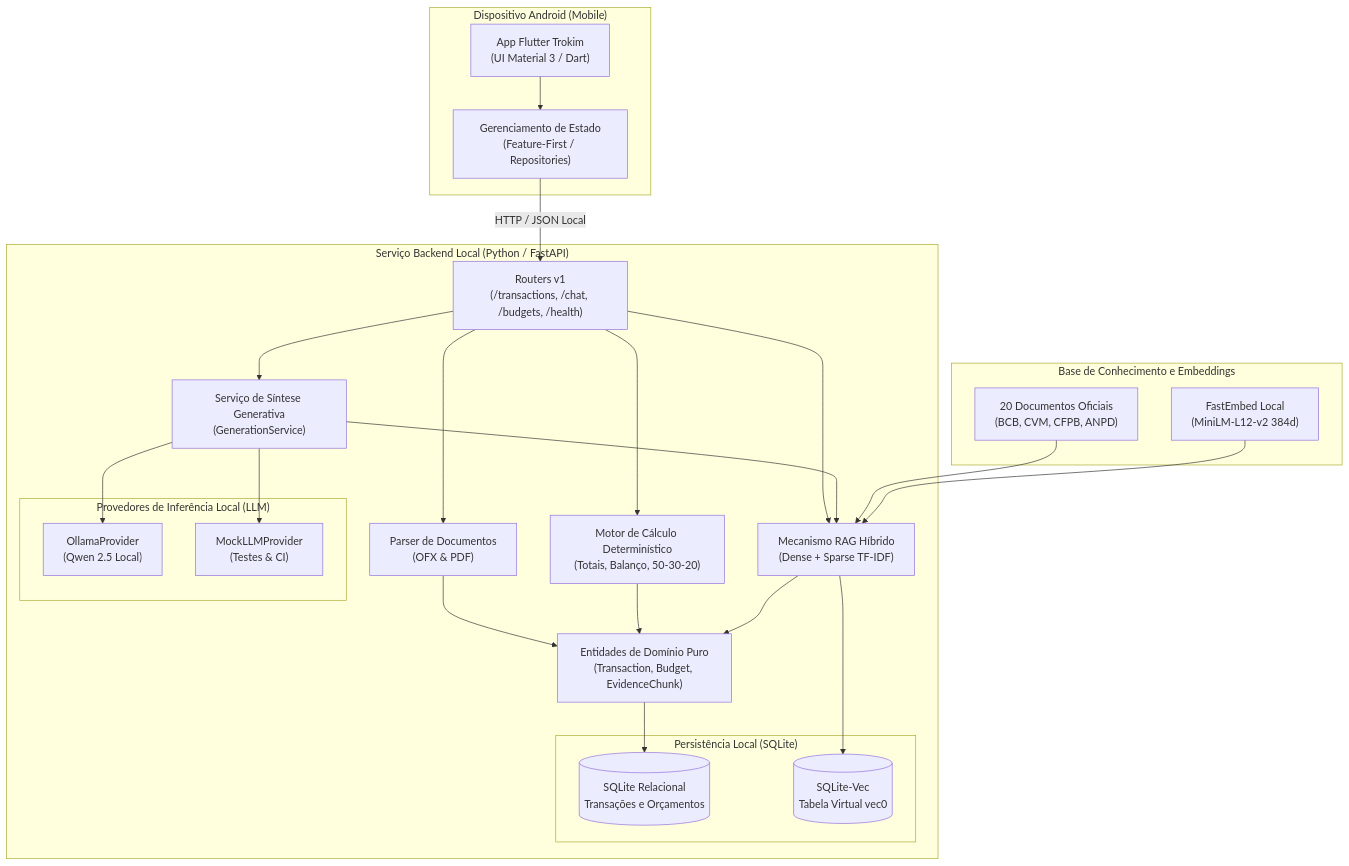
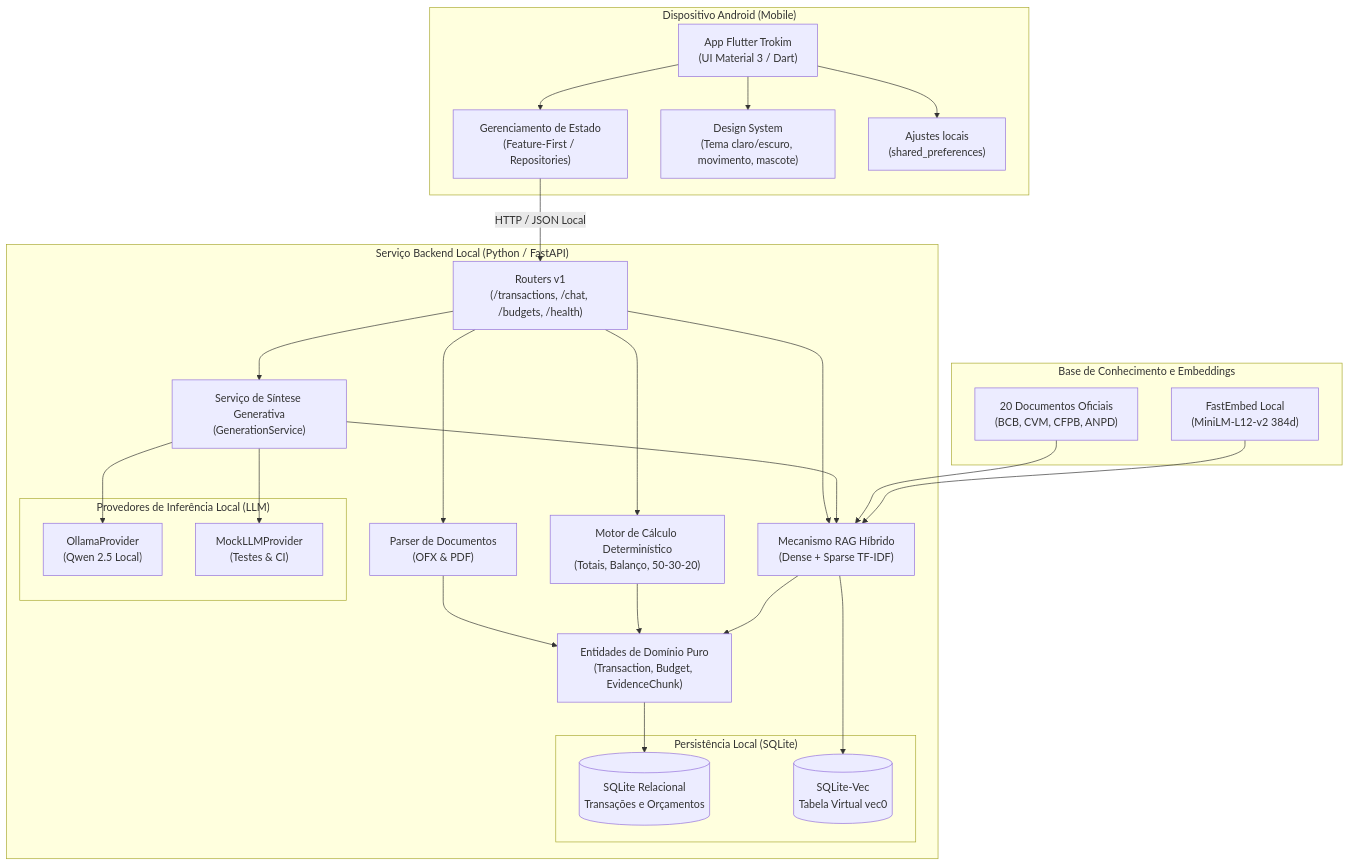
One commit to moonshinerd/trokim changed the first of 4 diagrams in docs/arquitetura/mapa-do-sistema.md. Above: the diagram before and after it, drawn with Mermaid. The commit also changed 20 other files, not shown here.

````diff
--- a/docs/arquitetura/mapa-do-sistema.md
+++ b/docs/arquitetura/mapa-do-sistema.md
@@ -9,54 +9,58 @@
 ```mermaid
 graph TD
     subgraph "Dispositivo Android (Mobile)"
         FlutterApp["App Flutter Trokim<br/>(UI Material 3 / Dart)"]
         StateManagement["Gerenciamento de Estado<br/>(Feature-First / Repositories)"]
+        DesignSystem["Design System<br/>(Tema claro/escuro, movimento, mascote)"]
+        Settings["Ajustes locais<br/>(shared_preferences)"]
         FlutterApp --> StateManagement
+        FlutterApp --> DesignSystem
+        FlutterApp --> Settings
     end
 
     subgraph "Serviço Backend Local (Python / FastAPI)"
         APIEntry["Routers v1<br/>(/transactions, /chat, /budgets, /health)"]
         
         Parser["Parser de Documentos<br/>(OFX & PDF)"]
         CalcService["Motor de Cálculo Determinístico<br/>(Totais, Balanço, 50-30-20)"]
         RAGService["Mecanismo RAG Híbrido<br/>(Dense + Sparse TF-IDF)"]
         GenService["Serviço de Síntese Generativa<br/>(GenerationService)"]
         
         DomainCore["Entidades de Domínio Puro<br/>(Transaction, Budget, EvidenceChunk)"]
         
         subgraph "Persistência Local (SQLite)"
             DB[(SQLite Relacional<br/>Transações e Orçamentos)]
             VecDB[(SQLite-Vec<br/>Tabela Virtual vec0)]
         end
 
         subgraph "Provedores de Inferência Local (LLM)"
             OllamaClient["OllamaProvider<br/>(Qwen 2.5 Local)"]
             MockLLM["MockLLMProvider<br/>(Testes & CI)"]
         end
         
         APIEntry --> Parser
         APIEntry --> CalcService
         APIEntry --> RAGService
         APIEntry --> GenService
         
         Parser --> DomainCore
         CalcService --> DomainCore
         RAGService --> DomainCore
         GenService --> RAGService
         GenService --> OllamaClient
         GenService --> MockLLM
         
         DomainCore --> DB
         RAGService --> VecDB
     end
 
     subgraph "Base de Conhecimento e Embeddings"
         KnowledgeBase["20 Documentos Oficiais<br/>(BCB, CVM, CFPB, ANPD)"]
         Embedder["FastEmbed Local<br/>(MiniLM-L12-v2 384d)"]
         
         KnowledgeBase --> RAGService
         Embedder --> RAGService
     end
 
     StateManagement -->|HTTP / JSON Local| APIEntry
 ```
````
